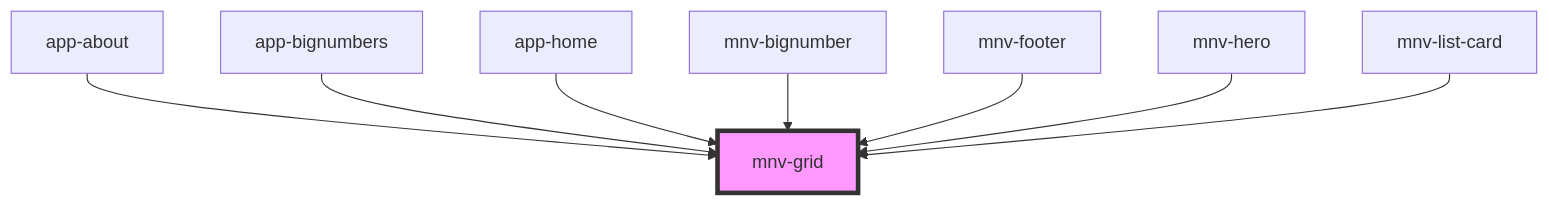
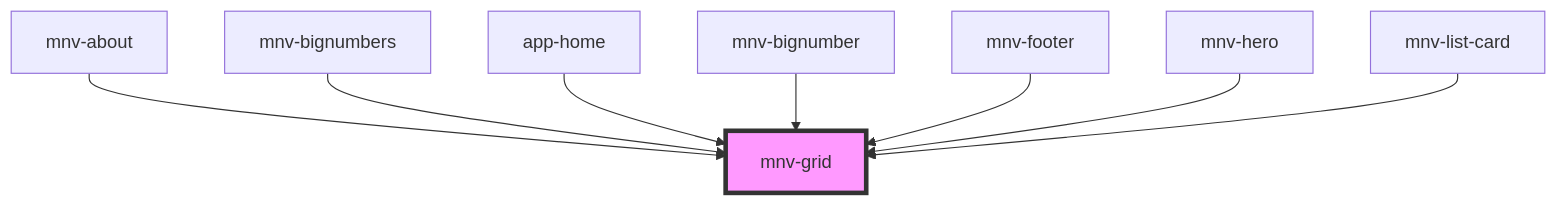
The diagram in src/components/layout/mnv-grid/readme.md (rafaela-vairo/ufrj-sustainable), drawn with Mermaid before and after one commit. The commit also changed other lines of this file and 47 other files, not shown here.

````diff
--- a/src/components/layout/mnv-grid/readme.md
+++ b/src/components/layout/mnv-grid/readme.md
@@ -35,11 +32,11 @@
 ```mermaid
 graph TD;
-  app-about --> mnv-grid
-  app-bignumbers --> mnv-grid
+  mnv-about --> mnv-grid
+  mnv-bignumbers --> mnv-grid
   app-home --> mnv-grid
   mnv-bignumber --> mnv-grid
   mnv-footer --> mnv-grid
   mnv-hero --> mnv-grid
   mnv-list-card --> mnv-grid
   style mnv-grid fill:#f9f,stroke:#333,stroke-width:4px
 ```
````
